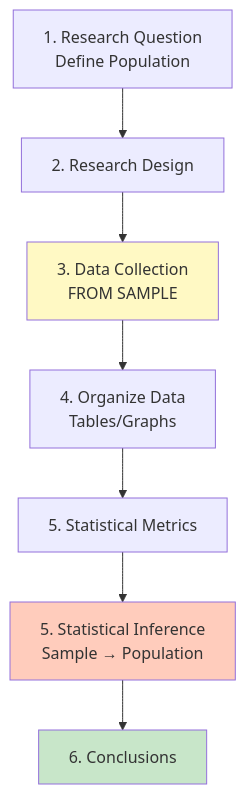
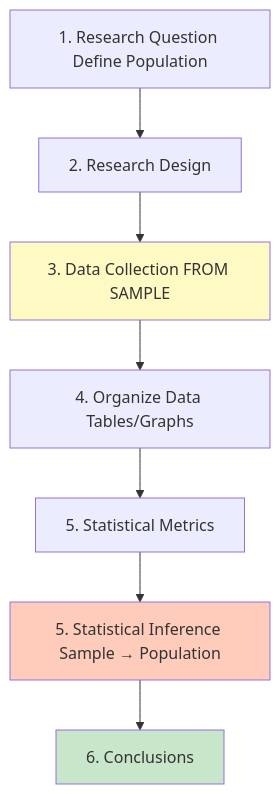
One commit to daxxac/mba-notes changed the third of 6 diagrams in docs/research-methods/lecture-01.md. Above: the diagram before and after it, drawn with Mermaid. The commit also changed other lines of this file and 4 other files, not shown here.

First line of the commit message:
Fix Mermaid diagram parsing errors: replace <br/> with spaces

````diff
--- a/docs/research-methods/lecture-01.md
+++ b/docs/research-methods/lecture-01.md
@@ -117,13 +117,13 @@
 ```mermaid
 flowchart TD
-    A[1. Research Question<br/>Define Population] --> B[2. Research Design]
-    B --> C[3. Data Collection<br/>FROM SAMPLE]
-    C --> D[4. Organize Data<br/>Tables/Graphs]
+    A[1. Research Question Define Population] --> B[2. Research Design]
+    B --> C[3. Data Collection FROM SAMPLE]
+    C --> D[4. Organize Data Tables/Graphs]
     D --> E[5. Statistical Metrics]
-    E --> F[5. Statistical Inference<br/>Sample → Population]
+    E --> F[5. Statistical Inference Sample → Population]
     F --> G[6. Conclusions]
     
     style C fill:#fff9c4
     style F fill:#ffccbc
     style G fill:#c8e6c9
 ```
````
